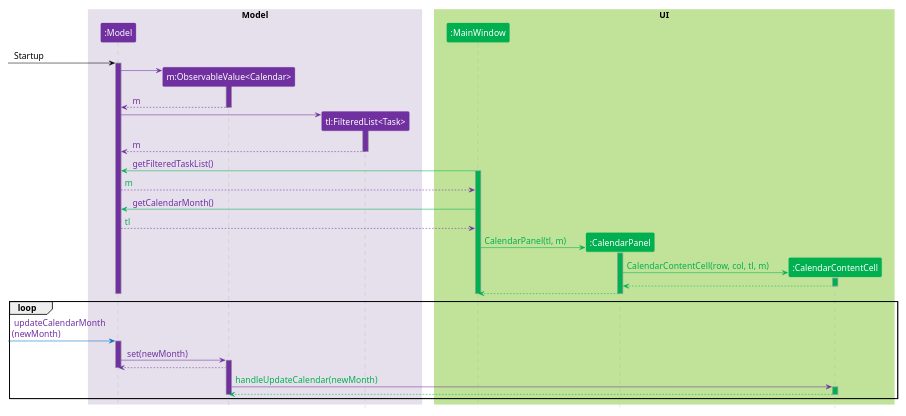
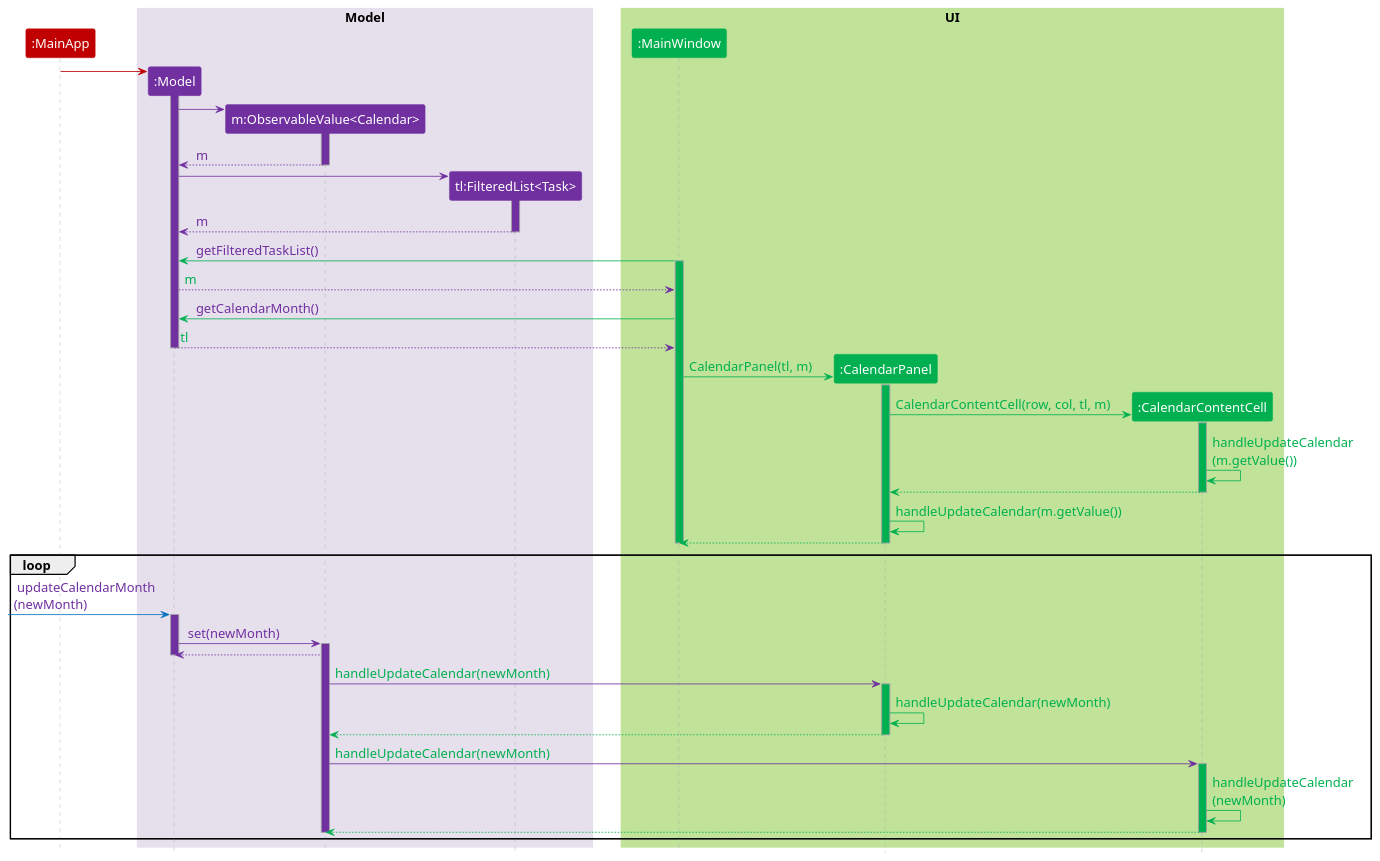
One commit to CS2103-AY1819S1-T09-1/main changed the diagram in docs/diagrams/plantuml/CalendarRenderSequenceDiagram.puml. Above: the diagram before and after it, drawn with PlantUML. The commit also changed 2 other files, not shown here.

Commit message:
Update UG/DG for calendar

```diff
--- a/docs/diagrams/plantuml/CalendarRenderSequenceDiagram.puml
+++ b/docs/diagrams/plantuml/CalendarRenderSequenceDiagram.puml
@@ -1,99 +1,107 @@
 @startuml CalendarRenderSequence
 
-scale 2
-scale 500 height
+scale 1
 
 skinparam defaultFontName Calibri
 skinparam defaultFontSize 16
-skinparam BoxPadding 10
-skinparam ParticipantPadding 20
+skinparam BoxPadding 16
+skinparam ParticipantPadding 10
 skinparam shadowing false
 hide stereotype
 
 skinparam sequence {
     BoxBorderColor transparent
     BoxFontSize 20
 
     ParticipantBorderColor<<main>> #C00000
     ParticipantBackgroundColor<<main>> #C00000
 
     ParticipantBorderColor<<ui>> #00B050
     ParticipantBackgroundColor<<ui>> #00B050
 
     ParticipantBorderColor<<logic>> #0070C0
     ParticipantBackgroundColor<<logic>> #0070C0
 
     ParticipantBorderColor<<model>> #7030A0
     ParticipantBackgroundColor<<model>> #7030A0
 
     groupBodyBackgroundColor transparent
 
     LifeLineBorderColor DarkGrey
     LifeLineBackgroundColor #00B050
     ParticipantFontColor #FFFFFF
 
     ArrowColor #00B050
     ArrowBorderColor #00B050
     ArrowFontColor #00B050
 }
-
+participant main as ":MainApp" <<main>>
 box "Model" #E6E0EC
     participant model as ":Model" <<model>>
     participant month as "m:ObservableValue<Calendar>" <<model>>
     participant taskList as "tl:FilteredList<Task>" <<model>>
 end box
 box "UI" #C0E399
     participant mainWindow as ":MainWindow" <<ui>>
     participant calendarPanel as ":CalendarPanel" <<ui>>
     participant calendarContentCell as ":CalendarContentCell" <<ui>>
 end box
 
 ' autoactivate on
 hide footbox
-[-[#000000]>model: <color:#000000> Startup
+create model
+main-[#C00000]>model
 activate model #7030A0
 create month
 model -[#7030A0]> month
 activate month #7030A0
 month --[#7030A0]>model: <color:#7030A0> m
 deactivate month
 create taskList
 model -[#7030A0]> taskList
 activate taskList #7030A0
 taskList --[#7030A0]>model: <color:#7030A0> m
 deactivate taskList
 
 mainWindow -> model: <color:#7030A0> getFilteredTaskList()
 activate mainWindow
 model --[#7030A0]> mainWindow: m
 mainWindow -> model: <color:#7030A0> getCalendarMonth()
 model --[#7030A0]> mainWindow: tl
+deactivate model
 create calendarPanel
 mainWindow -> calendarPanel: CalendarPanel(tl, m)
 activate calendarPanel
 create calendarContentCell
 calendarPanel -> calendarContentCell : CalendarContentCell(row, col, tl, m)
 activate calendarContentCell
+calendarContentCell -> calendarContentCell: handleUpdateCalendar\n(m.getValue())
 calendarContentCell --> calendarPanel
 deactivate calendarContentCell
+calendarPanel -> calendarPanel: handleUpdateCalendar(m.getValue())
 calendarPanel --> mainWindow
 deactivate calendarPanel
 deactivate mainWindow
-deactivate model
 loop
 [-[#0070C0]>model: <color:#7030A0> updateCalendarMonth\n<color:#7030A0>(newMonth)
 activate model #7030A0
 model -[#7030A0]>month: <color:#7030A0> set(newMonth)
 activate month #7030A0
 month --[#7030A0]> model
 deactivate model
+month -[#7030A0]> calendarPanel: handleUpdateCalendar(newMonth)
+activate calendarPanel
+calendarPanel -> calendarPanel: handleUpdateCalendar(newMonth)
+calendarPanel --> month
+deactivate calendarPanel
 month -[#7030A0]> calendarContentCell: handleUpdateCalendar(newMonth)
 activate calendarContentCell
+calendarContentCell -> calendarContentCell: handleUpdateCalendar\n(newMonth)
 calendarContentCell --> month
 deactivate calendarContentCell
 deactivate month
 end loop
 
 
 
 @enduml
```
